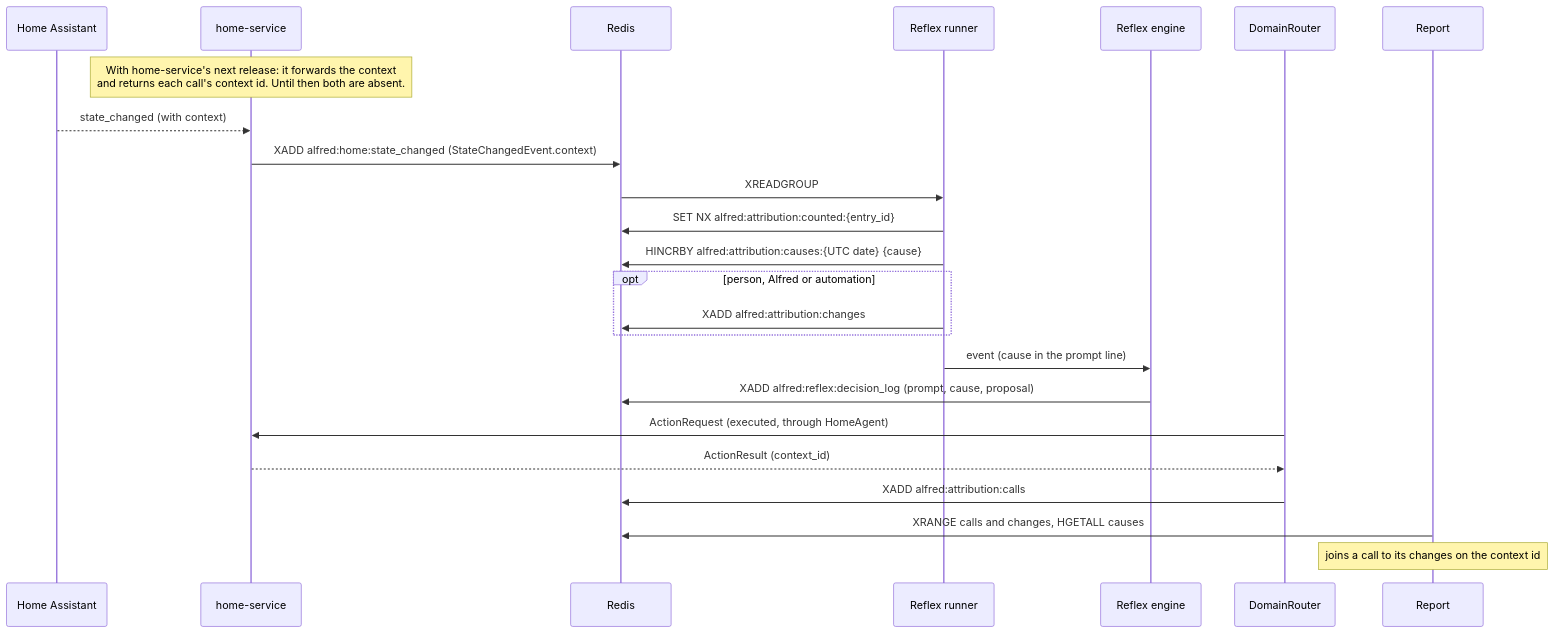
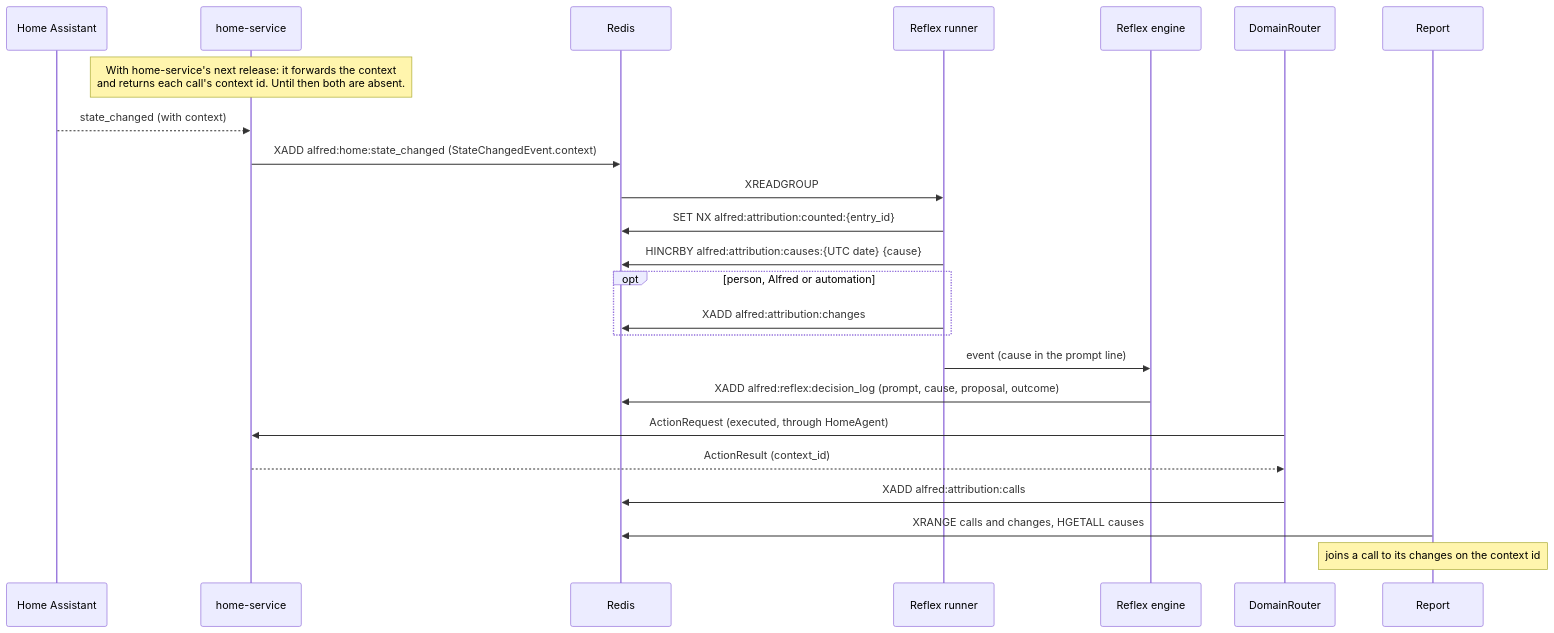
Before and after one commit to anirudhlath/alfred: the diagram in docs/attribution.md, drawn with Mermaid. The commit also changed other lines of this file and 26 other files, not shown here.

````diff
--- a/docs/attribution.md
+++ b/docs/attribution.md
@@ -40,27 +40,27 @@
 ```mermaid
 sequenceDiagram
     participant HA as Home Assistant
     participant HS as home-service
     participant R as Redis
     participant Rt as Reflex runner
     participant E as Reflex engine
     participant D as DomainRouter
     participant Rep as Report
 
     Note over HS: With home-service's next release: it forwards the context<br/>and returns each call's context id. Until then both are absent.
     HA-->>HS: state_changed (with context)
     HS->>R: XADD alfred:home:state_changed (StateChangedEvent.context)
     R->>Rt: XREADGROUP
     Rt->>R: SET NX alfred:attribution:counted:{entry_id}
     Rt->>R: HINCRBY alfred:attribution:causes:{UTC date} {cause}
     opt person, Alfred or automation
         Rt->>R: XADD alfred:attribution:changes
     end
     Rt->>E: event (cause in the prompt line)
-    E->>R: XADD alfred:reflex:decision_log (prompt, cause, proposal)
+    E->>R: XADD alfred:reflex:decision_log (prompt, cause, proposal, outcome)
     D->>HS: ActionRequest (executed, through HomeAgent)
     HS-->>D: ActionResult (context_id)
     D->>R: XADD alfred:attribution:calls
     Rep->>R: XRANGE calls and changes, HGETALL causes
     Note over Rep: joins a call to its changes on the context id
 ```
````
